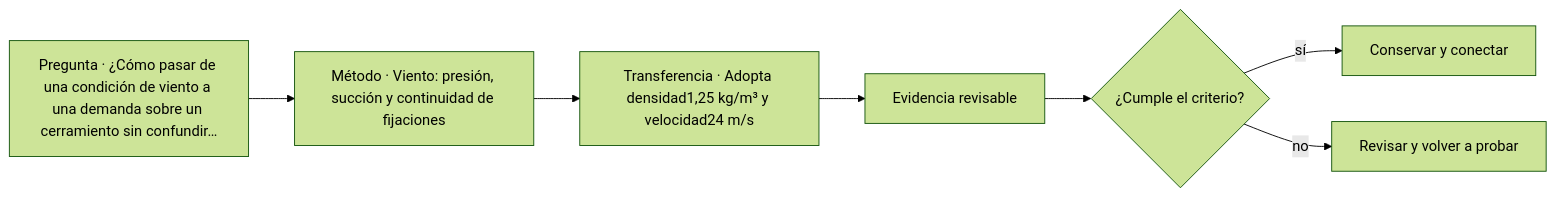
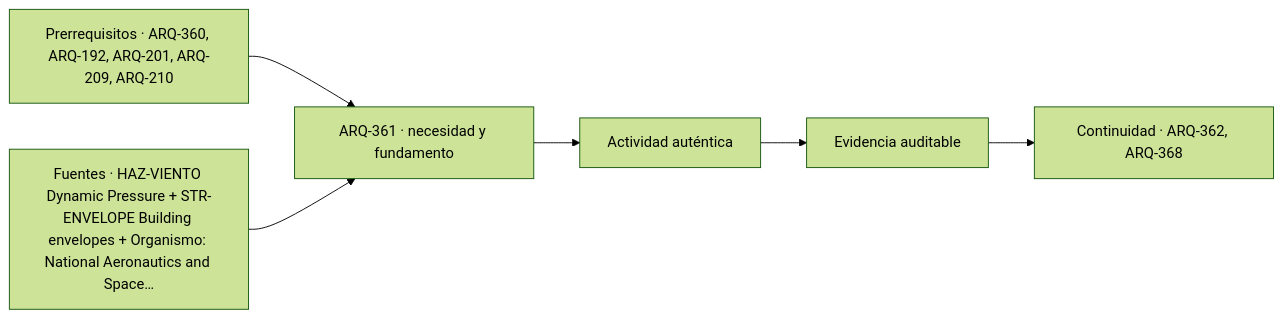
One commit to vladimiracunadev-create/architecture-built-environment-learning-program changed the diagram in classes/parte-37/ARQ-361.md. Above: the diagram before and after it, drawn with Mermaid (forest theme). The commit also changed other lines of this file and 761 other files, not shown here.

````diff
--- a/classes/parte-37/ARQ-361.md
+++ b/classes/parte-37/ARQ-361.md
@@ -107,9 +119,8 @@
 ```mermaid
 flowchart LR
-    Q["Pregunta · ¿Cómo pasar de una condición de viento a una demanda sobre un cerramiento sin confundir…"] --> M["Método · Viento: presión, succión y continuidad de fijaciones"]
-    M --> P["Transferencia · Adopta densidad1,25 kg/m³ y velocidad24 m/s"]
-    P --> E["Evidencia revisable"]
-    E --> C{"¿Cumple el criterio?"}
-    C -->|sí| T["Conservar y conectar"]
-    C -->|no| R["Revisar y volver a probar"]
+    A["Prerrequisitos · ARQ-360, ARQ-192, ARQ-201, ARQ-209, ARQ-210"] --> B["ARQ-361 · necesidad y fundamento"]
+    S["Fuentes · HAZ-VIENTO Dynamic Pressure + STR-ENVELOPE Building envelopes + Organismo: National Aeronautics and Space…"] --> B
+    B --> C["Actividad auténtica"]
+    C --> D["Evidencia auditable"]
+    D --> E["Continuidad · ARQ-362, ARQ-368"]
 ```
````
